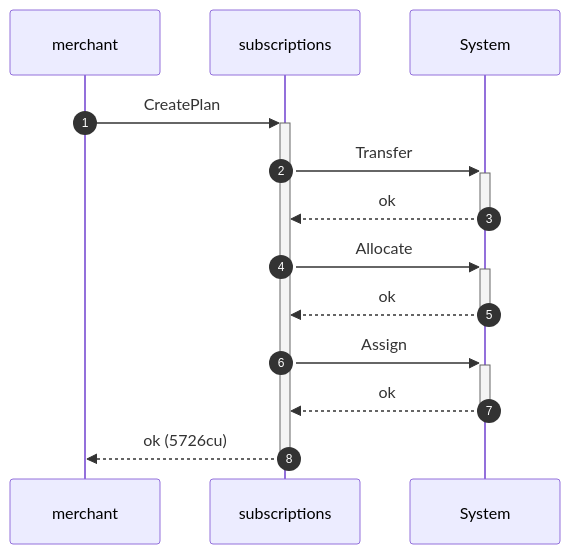
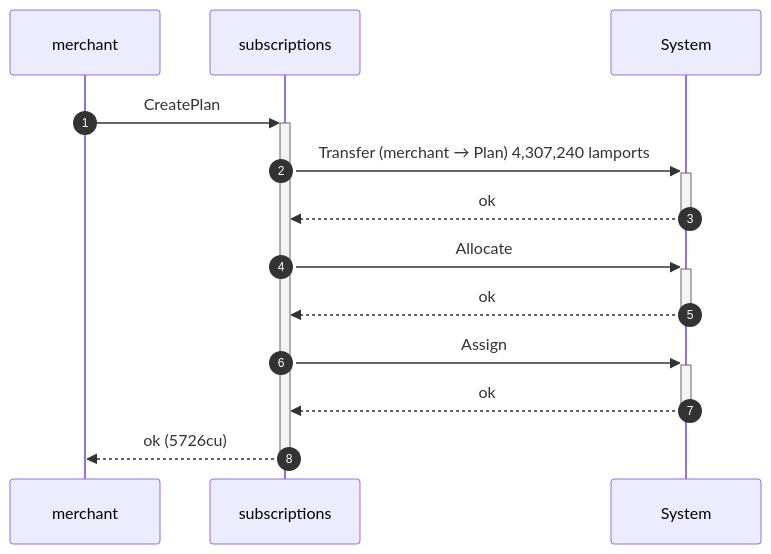
One commit to cds-rs/subscriptions changed the second of 4 diagrams in dsl_tests/survive-a-pre-funded-plan-pda.md. Above: the diagram before and after it, drawn with Mermaid. The commit also changed other lines of this file and 224 other files, not shown here.

````diff
--- a/dsl_tests/survive-a-pre-funded-plan-pda.md
+++ b/dsl_tests/survive-a-pre-funded-plan-pda.md
@@ -39,15 +40,15 @@
 ```mermaid
 sequenceDiagram
     autonumber
     participant merchant
     participant subscriptions
     participant System
     merchant ->>+ subscriptions: CreatePlan
-    subscriptions ->>+ System: Transfer
+    subscriptions ->>+ System: Transfer (merchant → Plan) 4,307,240 lamports
     System -->>- subscriptions: ok
     subscriptions ->>+ System: Allocate
     System -->>- subscriptions: ok
     subscriptions ->>+ System: Assign
     System -->>- subscriptions: ok
     subscriptions -->>- merchant: ok (5726cu)
 ```
````
